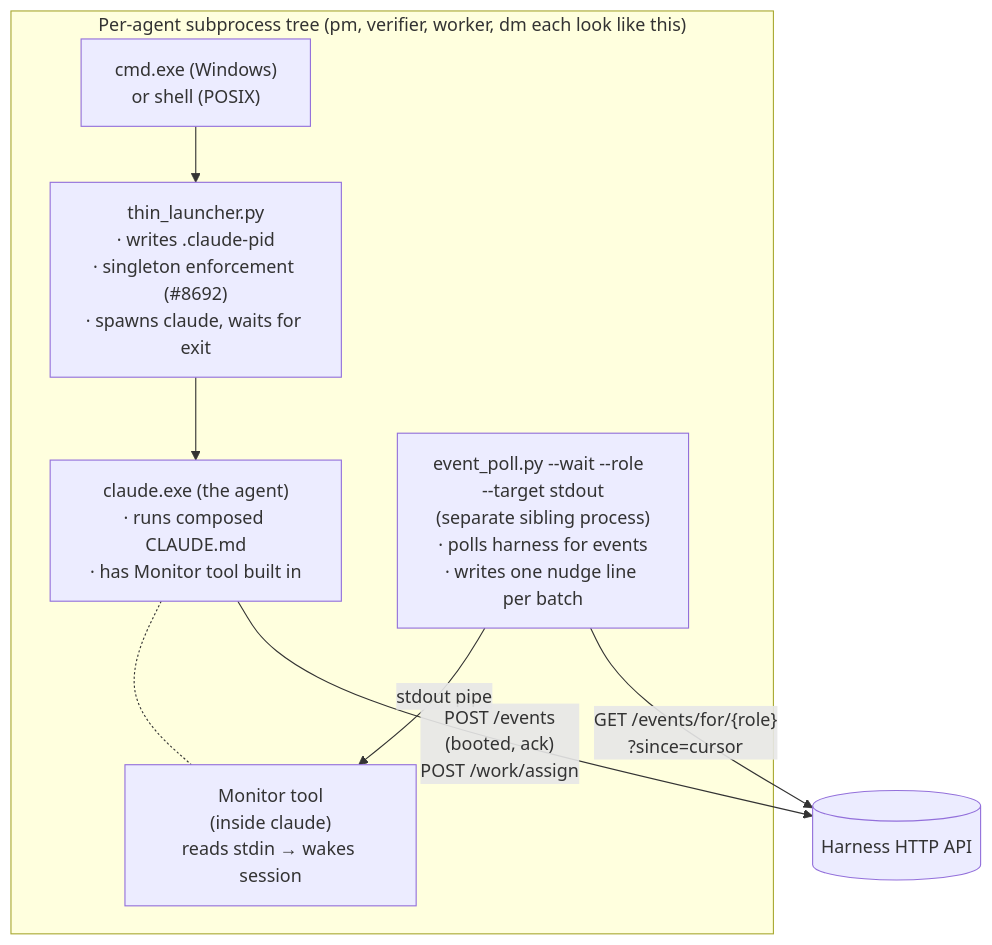
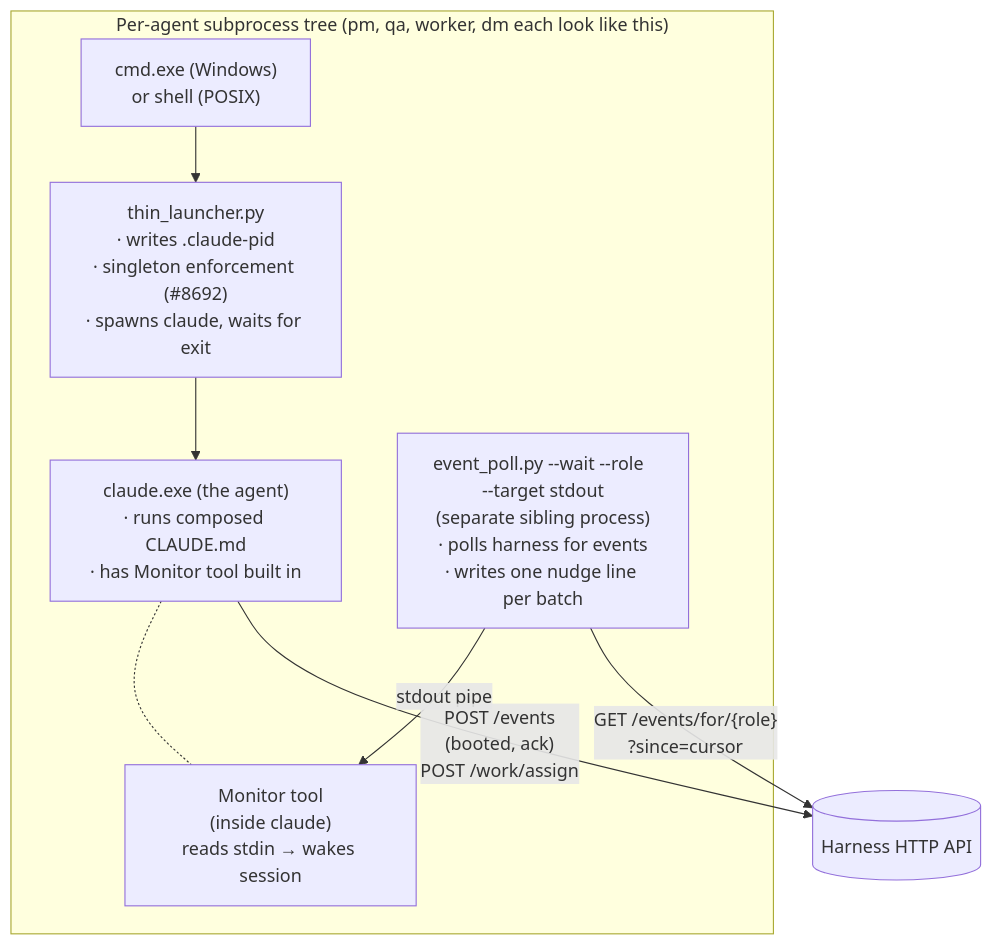
One commit to WallyDoodlez/SquidSquad changed the third of 16 diagrams in docs/AGENT-RUNTIME.md. Above: the diagram before and after it, drawn with Mermaid. The commit also changed other lines of this file and 6 other files, not shown here.

````diff
--- a/docs/AGENT-RUNTIME.md
+++ b/docs/AGENT-RUNTIME.md
@@ -149,19 +149,19 @@
 ```mermaid
 flowchart TB
-    subgraph agent_tree["Per-agent subprocess tree (pm, verifier, worker, dm each look like this)"]
+    subgraph agent_tree["Per-agent subprocess tree (pm, qa, worker, dm each look like this)"]
         Cmd["cmd.exe (Windows)<br/>or shell (POSIX)"]
         TL["thin_launcher.py<br/>· writes .claude-pid<br/>· singleton enforcement (#8692)<br/>· spawns claude, waits for exit"]
         Claude["claude.exe (the agent)<br/>· runs composed CLAUDE.md<br/>· has Monitor tool built in"]
         Monitor["Monitor tool<br/>(inside claude)<br/>reads stdin → wakes session"]
         Poll["event_poll.py --wait --role <role> --target stdout<br/>(separate sibling process)<br/>· polls harness for events<br/>· writes one nudge line per batch"]
 
         Cmd --> TL
         TL --> Claude
         Claude -.- Monitor
         Poll -- "stdout pipe" --> Monitor
     end
 
     HarnessAPI[("Harness HTTP API")]
     Poll -- "GET /events/for/{role}<br/>?since=cursor" --> HarnessAPI
     Claude -- "POST /events<br/>(booted, ack)<br/>POST /work/assign" --> HarnessAPI
 ```
````
